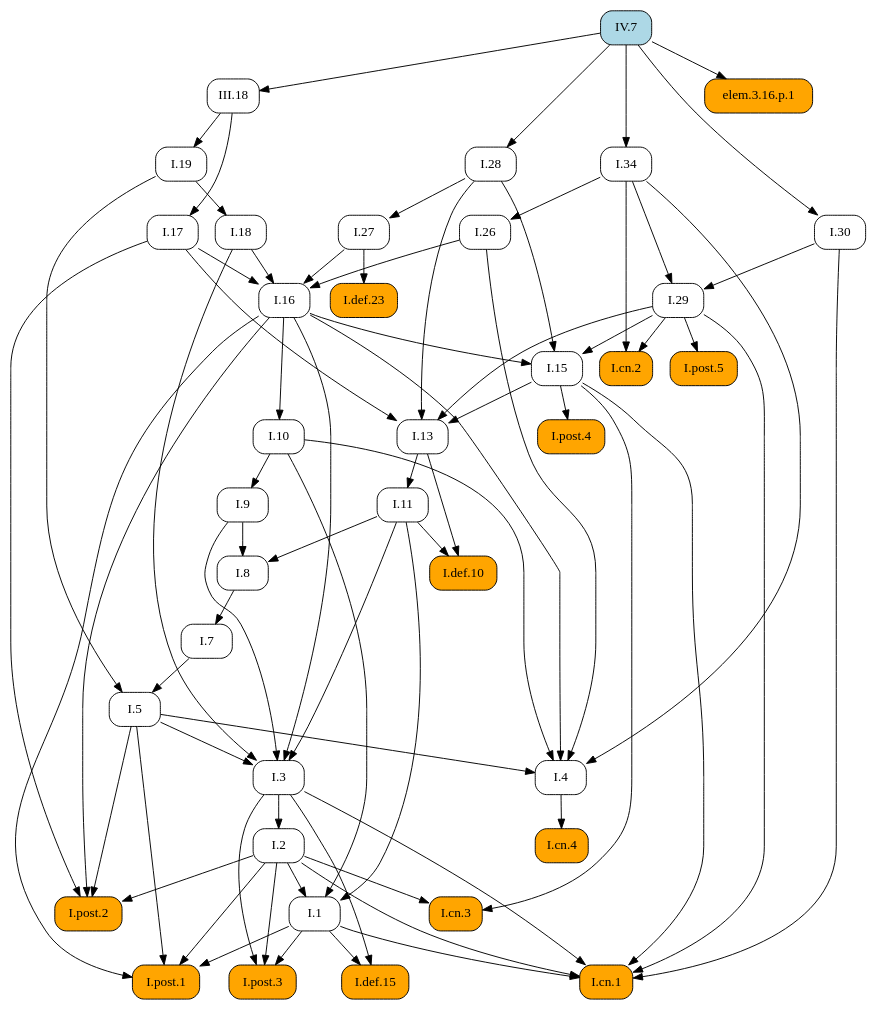
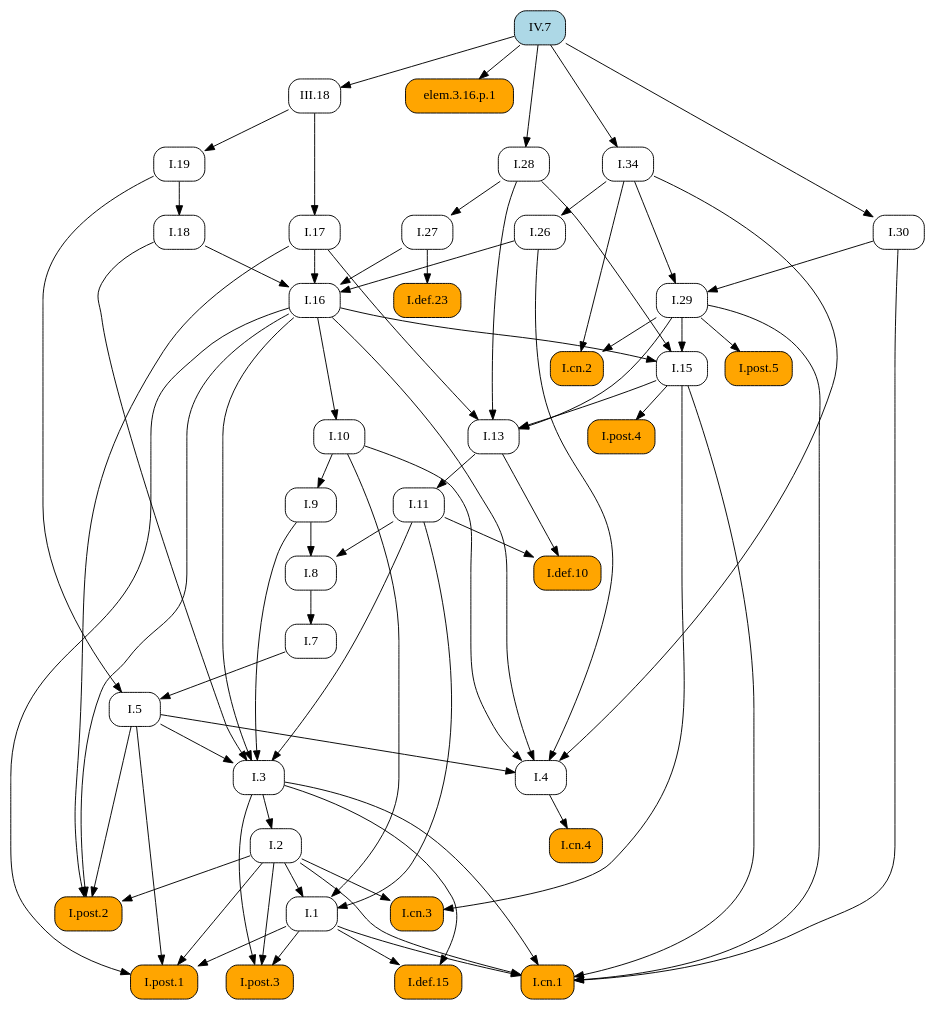
One commit to geometor/elements changed the diagram in docsrc/elements2/IV/7/index.rst. Above: the diagram before and after it, drawn with Graphviz. The commit also changed other lines of this file and 409 other files, not shown here.

First line of the commit message:
feat: Add image cropping and graphic extraction script

```diff
--- a/docsrc/elements2/IV/7/index.rst
+++ b/docsrc/elements2/IV/7/index.rst
@@ -106,115 +106,115 @@
    digraph {
      rankdir="TB";
      node [shape=box, style=rounded];
+     "III.18" [URL="/elements2/III/18/", target="_top"];
      "I.8" [URL="/elements2/I/8/", target="_top"];
+     "I.15" [URL="/elements2/I/15/", target="_top"];
+     "I.5" [URL="/elements2/I/5/", target="_top"];
+     "I.17" [URL="/elements2/I/17/", target="_top"];
+     "I.26" [URL="/elements2/I/26/", target="_top"];
+     "I.cn.1" [style="rounded,filled", fillcolor=orange, URL="/elements2/I/cn.1/", target="_top"];
+     "elem.3.16.p.1" [style="rounded,filled", fillcolor=orange];
+     "I.28" [URL="/elements2/I/28/", target="_top"];
+     "I.7" [URL="/elements2/I/7/", target="_top"];
+     "I.16" [URL="/elements2/I/16/", target="_top"];
+     "I.34" [URL="/elements2/I/34/", target="_top"];
+     "I.30" [URL="/elements2/I/30/", target="_top"];
+     "I.def.15" [style="rounded,filled", fillcolor=orange, URL="/elements2/I/def.15/", target="_top"];
+     "I.19" [URL="/elements2/I/19/", target="_top"];
+     "I.def.10" [style="rounded,filled", fillcolor=orange, URL="/elements2/I/def.10/", target="_top"];
+     "I.11" [URL="/elements2/I/11/", target="_top"];
+     "I.post.4" [style="rounded,filled", fillcolor=orange, URL="/elements2/I/post.4/", target="_top"];
+     "I.def.23" [style="rounded,filled", fillcolor=orange, URL="/elements2/I/def.23/", target="_top"];
+     "I.18" [URL="/elements2/I/18/", target="_top"];
+     "I.post.5" [style="rounded,filled", fillcolor=orange, URL="/elements2/I/post.5/", target="_top"];
+     "I.3" [URL="/elements2/I/3/", target="_top"];
+     "I.10" [URL="/elements2/I/10/", target="_top"];
+     "IV.7" [style="rounded,filled", fillcolor=lightblue, URL="/elements2/IV/7/", target="_top"];
+     "I.cn.3" [style="rounded,filled", fillcolor=orange, URL="/elements2/I/cn.3/", target="_top"];
+     "I.13" [URL="/elements2/I/13/", target="_top"];
+     "I.4" [URL="/elements2/I/4/", target="_top"];
+     "I.post.3" [style="rounded,filled", fillcolor=orange, URL="/elements2/I/post.3/", target="_top"];
+     "I.9" [URL="/elements2/I/9/", target="_top"];
+     "I.29" [URL="/elements2/I/29/", target="_top"];
      "I.post.1" [style="rounded,filled", fillcolor=orange, URL="/elements2/I/post.1/", target="_top"];
-     "I.5" [URL="/elements2/I/5/", target="_top"];
-     "I.post.5" [style="rounded,filled", fillcolor=orange, URL="/elements2/I/post.5/", target="_top"];
-     "I.def.10" [style="rounded,filled", fillcolor=orange, URL="/elements2/I/def.10/", target="_top"];
-     "I.30" [URL="/elements2/I/30/", target="_top"];
-     "I.cn.2" [style="rounded,filled", fillcolor=orange, URL="/elements2/I/cn.2/", target="_top"];
-     "elem.3.16.p.1" [style="rounded,filled", fillcolor=orange];
-     "I.def.15" [style="rounded,filled", fillcolor=orange, URL="/elements2/I/def.15/", target="_top"];
-     "I.11" [URL="/elements2/I/11/", target="_top"];
-     "I.post.2" [style="rounded,filled", fillcolor=orange, URL="/elements2/I/post.2/", target="_top"];
-     "I.def.23" [style="rounded,filled", fillcolor=orange, URL="/elements2/I/def.23/", target="_top"];
-     "I.3" [URL="/elements2/I/3/", target="_top"];
-     "I.26" [URL="/elements2/I/26/", target="_top"];
-     "I.19" [URL="/elements2/I/19/", target="_top"];
-     "I.cn.3" [style="rounded,filled", fillcolor=orange, URL="/elements2/I/cn.3/", target="_top"];
-     "I.cn.4" [style="rounded,filled", fillcolor=orange, URL="/elements2/I/cn.4/", target="_top"];
-     "I.1" [URL="/elements2/I/1/", target="_top"];
-     "I.7" [URL="/elements2/I/7/", target="_top"];
-     "I.17" [URL="/elements2/I/17/", target="_top"];
-     "I.9" [URL="/elements2/I/9/", target="_top"];
-     "I.cn.1" [style="rounded,filled", fillcolor=orange, URL="/elements2/I/cn.1/", target="_top"];
-     "I.29" [URL="/elements2/I/29/", target="_top"];
-     "I.post.4" [style="rounded,filled", fillcolor=orange, URL="/elements2/I/post.4/", target="_top"];
-     "I.16" [URL="/elements2/I/16/", target="_top"];
-     "I.13" [URL="/elements2/I/13/", target="_top"];
-     "I.18" [URL="/elements2/I/18/", target="_top"];
-     "IV.7" [style="rounded,filled", fillcolor=lightblue, URL="/elements2/IV/7/", target="_top"];
-     "I.28" [URL="/elements2/I/28/", target="_top"];
      "I.2" [URL="/elements2/I/2/", target="_top"];
      "I.27" [URL="/elements2/I/27/", target="_top"];
-     "III.18" [URL="/elements2/III/18/", target="_top"];
-     "I.4" [URL="/elements2/I/4/", target="_top"];
-     "I.10" [URL="/elements2/I/10/", target="_top"];
-     "I.15" [URL="/elements2/I/15/", target="_top"];
-     "I.34" [URL="/elements2/I/34/", target="_top"];
-     "I.post.3" [style="rounded,filled", fillcolor=orange, URL="/elements2/I/post.3/", target="_top"];
+     "I.cn.4" [style="rounded,filled", fillcolor=orange, URL="/elements2/I/cn.4/", target="_top"];
+     "I.cn.2" [style="rounded,filled", fillcolor=orange, URL="/elements2/I/cn.2/", target="_top"];
+     "I.1" [URL="/elements2/I/1/", target="_top"];
+     "I.post.2" [style="rounded,filled", fillcolor=orange, URL="/elements2/I/post.2/", target="_top"];
+     "IV.7" -> "III.18";
      "I.9" -> "I.8";
      "I.11" -> "I.8";
-     "I.1" -> "I.post.1";
-     "I.2" -> "I.post.1";
-     "I.5" -> "I.post.1";
-     "I.16" -> "I.post.1";
+     "I.16" -> "I.15";
+     "I.28" -> "I.15";
+     "I.29" -> "I.15";
      "I.7" -> "I.5";
      "I.19" -> "I.5";
-     "I.29" -> "I.post.5";
-     "I.11" -> "I.def.10";
-     "I.13" -> "I.def.10";
-     "IV.7" -> "I.30";
-     "I.29" -> "I.cn.2";
-     "I.34" -> "I.cn.2";
-     "IV.7" -> "elem.3.16.p.1";
-     "I.1" -> "I.def.15";
-     "I.3" -> "I.def.15";
-     "I.13" -> "I.11";
-     "I.2" -> "I.post.2";
-     "I.5" -> "I.post.2";
-     "I.16" -> "I.post.2";
-     "I.17" -> "I.post.2";
-     "I.27" -> "I.def.23";
-     "I.5" -> "I.3";
-     "I.9" -> "I.3";
-     "I.11" -> "I.3";
-     "I.16" -> "I.3";
-     "I.18" -> "I.3";
+     "III.18" -> "I.17";
      "I.34" -> "I.26";
-     "III.18" -> "I.19";
-     "I.2" -> "I.cn.3";
-     "I.15" -> "I.cn.3";
-     "I.4" -> "I.cn.4";
-     "I.2" -> "I.1";
-     "I.10" -> "I.1";
-     "I.11" -> "I.1";
-     "I.8" -> "I.7";
-     "III.18" -> "I.17";
-     "I.10" -> "I.9";
      "I.1" -> "I.cn.1";
      "I.2" -> "I.cn.1";
      "I.3" -> "I.cn.1";
      "I.15" -> "I.cn.1";
      "I.29" -> "I.cn.1";
      "I.30" -> "I.cn.1";
-     "I.30" -> "I.29";
-     "I.34" -> "I.29";
-     "I.15" -> "I.post.4";
+     "IV.7" -> "elem.3.16.p.1";
+     "IV.7" -> "I.28";
+     "I.8" -> "I.7";
      "I.17" -> "I.16";
      "I.18" -> "I.16";
      "I.26" -> "I.16";
      "I.27" -> "I.16";
+     "IV.7" -> "I.34";
+     "IV.7" -> "I.30";
+     "I.1" -> "I.def.15";
+     "I.3" -> "I.def.15";
+     "III.18" -> "I.19";
+     "I.11" -> "I.def.10";
+     "I.13" -> "I.def.10";
+     "I.13" -> "I.11";
+     "I.15" -> "I.post.4";
+     "I.27" -> "I.def.23";
+     "I.19" -> "I.18";
+     "I.29" -> "I.post.5";
+     "I.5" -> "I.3";
+     "I.9" -> "I.3";
+     "I.11" -> "I.3";
+     "I.16" -> "I.3";
+     "I.18" -> "I.3";
+     "I.16" -> "I.10";
+     "I.2" -> "I.cn.3";
+     "I.15" -> "I.cn.3";
      "I.15" -> "I.13";
      "I.17" -> "I.13";
      "I.28" -> "I.13";
      "I.29" -> "I.13";
-     "I.19" -> "I.18";
-     "IV.7" -> "I.28";
-     "I.3" -> "I.2";
-     "I.28" -> "I.27";
-     "IV.7" -> "III.18";
      "I.5" -> "I.4";
      "I.10" -> "I.4";
      "I.16" -> "I.4";
      "I.26" -> "I.4";
      "I.34" -> "I.4";
-     "I.16" -> "I.10";
-     "I.16" -> "I.15";
-     "I.28" -> "I.15";
-     "I.29" -> "I.15";
-     "IV.7" -> "I.34";
      "I.1" -> "I.post.3";
      "I.2" -> "I.post.3";
      "I.3" -> "I.post.3";
+     "I.10" -> "I.9";
+     "I.30" -> "I.29";
+     "I.34" -> "I.29";
+     "I.1" -> "I.post.1";
+     "I.2" -> "I.post.1";
+     "I.5" -> "I.post.1";
+     "I.16" -> "I.post.1";
+     "I.3" -> "I.2";
+     "I.28" -> "I.27";
+     "I.4" -> "I.cn.4";
+     "I.29" -> "I.cn.2";
+     "I.34" -> "I.cn.2";
+     "I.2" -> "I.1";
+     "I.10" -> "I.1";
+     "I.11" -> "I.1";
+     "I.2" -> "I.post.2";
+     "I.5" -> "I.post.2";
+     "I.16" -> "I.post.2";
+     "I.17" -> "I.post.2";
    }
```
